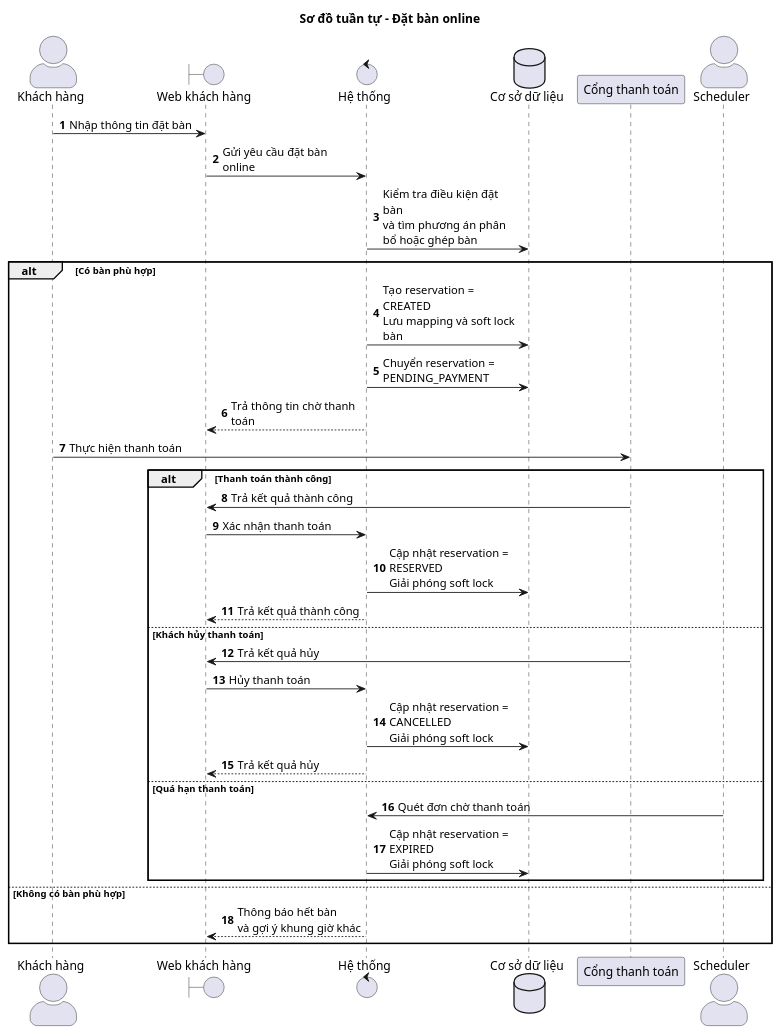
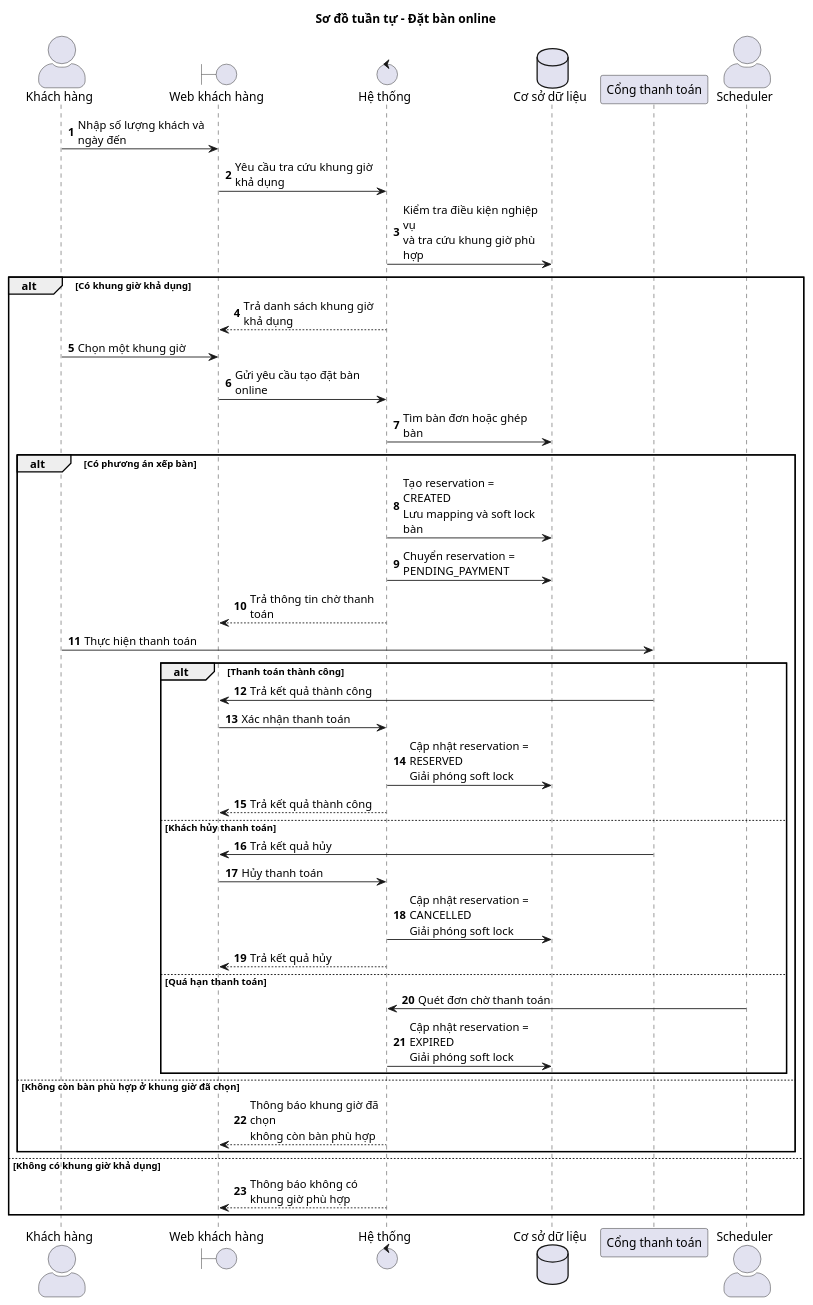
The diagram in docs/uml/sequence-booking-online.puml (QuangLam0208/restaurant-reservation-system), drawn with PlantUML before and after one commit. The commit also changed 1 other file, not shown here.

Commit message:
fix uml booking onl

```diff
--- a/docs/uml/sequence-booking-online.puml
+++ b/docs/uml/sequence-booking-online.puml
@@ -1,47 +1,58 @@
 @startuml
 title Sơ đồ tuần tự - Đặt bàn online
 autonumber
 skinparam actorStyle awesome
 skinparam shadowing false
 skinparam maxMessageSize 160
 
 actor "Khách hàng" as Customer
 boundary "Web khách hàng" as WebUI
 control "Hệ thống" as System
 database "Cơ sở dữ liệu" as DB
 participant "Cổng thanh toán" as Payment
 actor "Scheduler" as Scheduler
 
-Customer -> WebUI : Nhập thông tin đặt bàn
-WebUI -> System : Gửi yêu cầu đặt bàn online
-System -> DB : Kiểm tra điều kiện đặt bàn\nvà tìm phương án phân bổ hoặc ghép bàn
+Customer -> WebUI : Nhập số lượng khách và ngày đến
+WebUI -> System : Yêu cầu tra cứu khung giờ khả dụng
+System -> DB : Kiểm tra điều kiện nghiệp vụ\nvà tra cứu khung giờ phù hợp
 
-alt Có bàn phù hợp
-    System -> DB : Tạo reservation = CREATED\nLưu mapping và soft lock bàn
-    System -> DB : Chuyển reservation = PENDING_PAYMENT
-    System --> WebUI : Trả thông tin chờ thanh toán
+alt Có khung giờ khả dụng
+    System --> WebUI : Trả danh sách khung giờ khả dụng
+    Customer -> WebUI : Chọn một khung giờ
+    WebUI -> System : Gửi yêu cầu tạo đặt bàn online
 
-    Customer -> Payment : Thực hiện thanh toán
+    System -> DB : Tìm bàn đơn hoặc ghép bàn
 
-    alt Thanh toán thành công
-        Payment -> WebUI : Trả kết quả thành công
-        WebUI -> System : Xác nhận thanh toán
-        System -> DB : Cập nhật reservation = RESERVED\nGiải phóng soft lock
-        System --> WebUI : Trả kết quả thành công
+    alt Có phương án xếp bàn
+        System -> DB : Tạo reservation = CREATED\nLưu mapping và soft lock bàn
+        System -> DB : Chuyển reservation = PENDING_PAYMENT
+        System --> WebUI : Trả thông tin chờ thanh toán
 
-    else Khách hủy thanh toán
-        Payment -> WebUI : Trả kết quả hủy
-        WebUI -> System : Hủy thanh toán
-        System -> DB : Cập nhật reservation = CANCELLED\nGiải phóng soft lock
-        System --> WebUI : Trả kết quả hủy
+        Customer -> Payment : Thực hiện thanh toán
 
-    else Quá hạn thanh toán
-        Scheduler -> System : Quét đơn chờ thanh toán
-        System -> DB : Cập nhật reservation = EXPIRED\nGiải phóng soft lock
+        alt Thanh toán thành công
+            Payment -> WebUI : Trả kết quả thành công
+            WebUI -> System : Xác nhận thanh toán
+            System -> DB : Cập nhật reservation = RESERVED\nGiải phóng soft lock
+            System --> WebUI : Trả kết quả thành công
+
+        else Khách hủy thanh toán
+            Payment -> WebUI : Trả kết quả hủy
+            WebUI -> System : Hủy thanh toán
+            System -> DB : Cập nhật reservation = CANCELLED\nGiải phóng soft lock
+            System --> WebUI : Trả kết quả hủy
+
+        else Quá hạn thanh toán
+            Scheduler -> System : Quét đơn chờ thanh toán
+            System -> DB : Cập nhật reservation = EXPIRED\nGiải phóng soft lock
+        end
+
+    else Không còn bàn phù hợp ở khung giờ đã chọn
+        System --> WebUI : Thông báo khung giờ đã chọn\nkhông còn bàn phù hợp
     end
 
-else Không có bàn phù hợp
-    System --> WebUI : Thông báo hết bàn\nvà gợi ý khung giờ khác
+else Không có khung giờ khả dụng
+    System --> WebUI : Thông báo không có khung giờ phù hợp
 end
 
 @enduml
```
